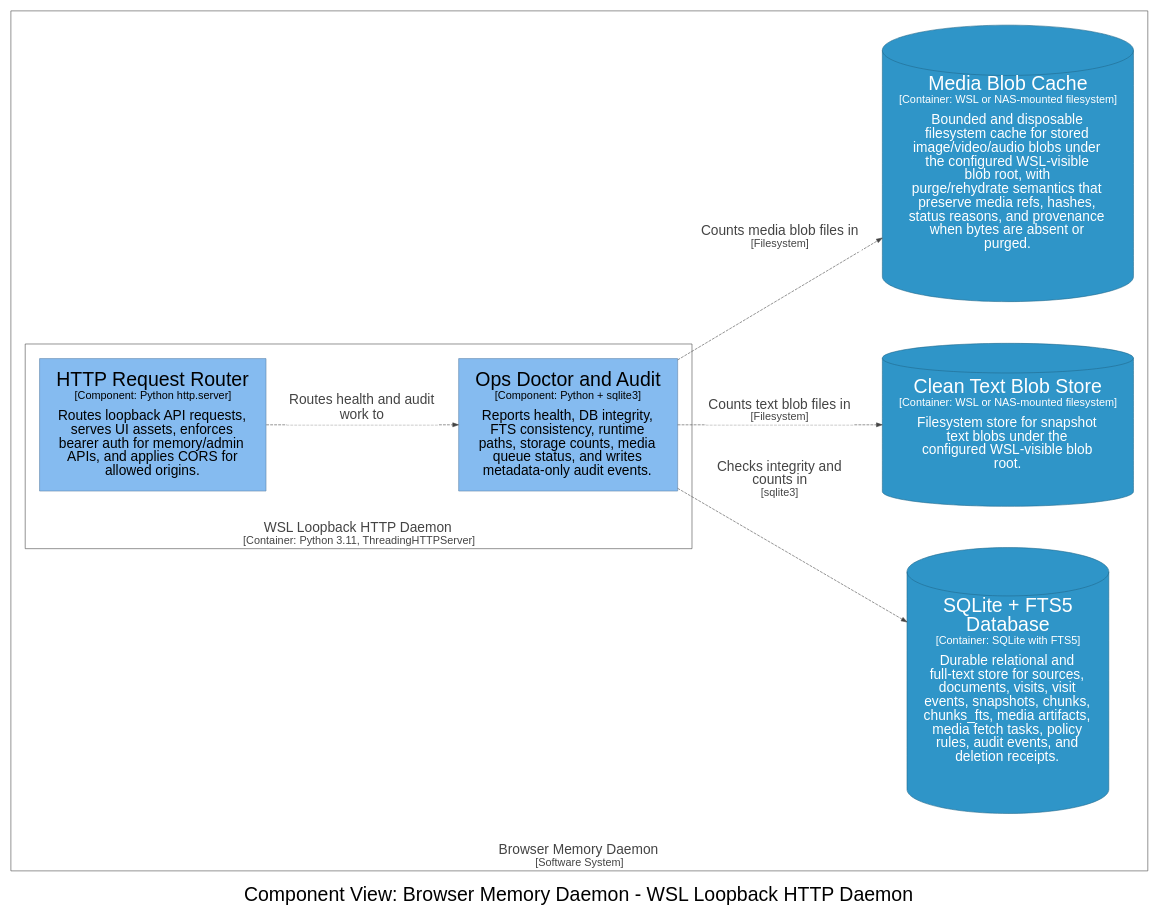
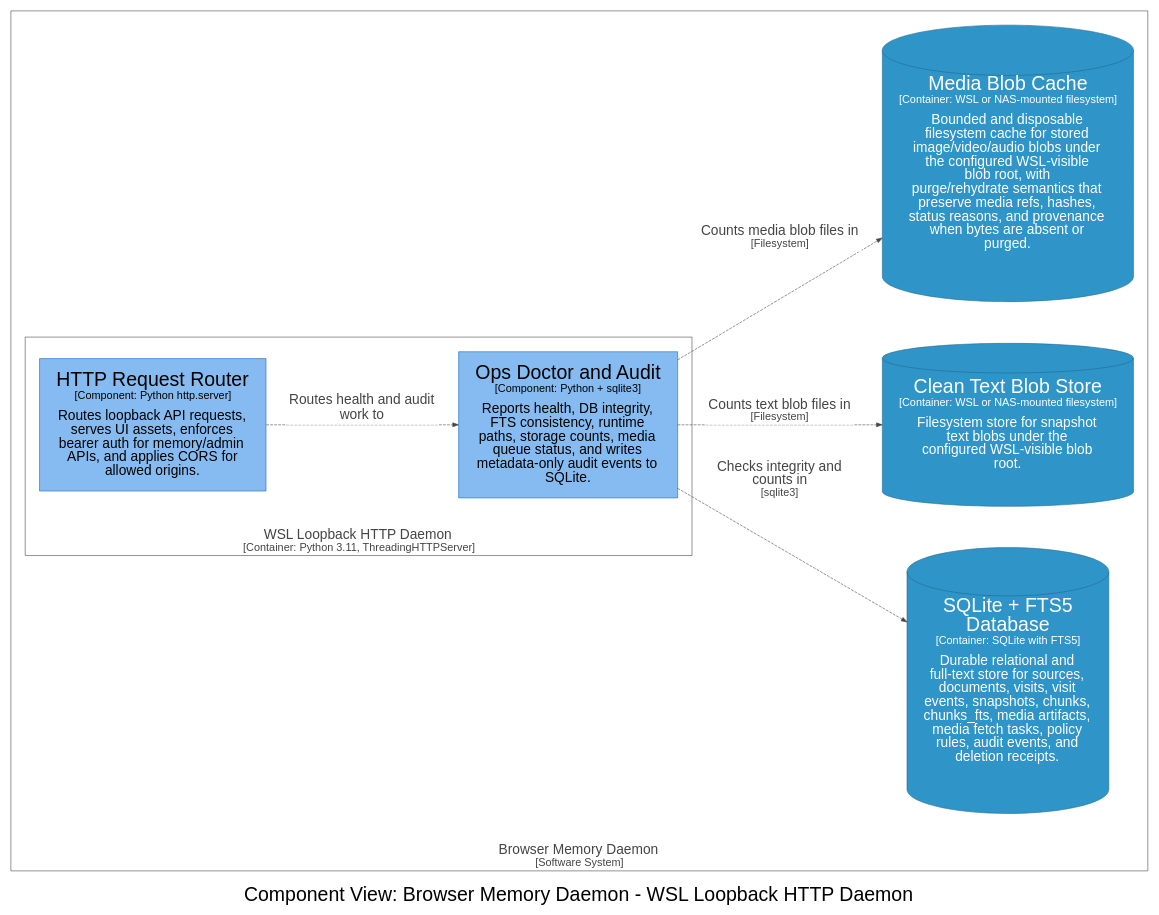
One commit to michaelnicks0/browser-memory-daemon changed the diagram in docs/architecture/diagrams/dot/structurizr-DaemonDoctorComponents.dot. Above: the diagram before and after it, drawn with Graphviz. The commit also changed 110 other files, not shown here.

```diff
--- a/docs/architecture/diagrams/dot/structurizr-DaemonDoctorComponents.dot
+++ b/docs/architecture/diagrams/dot/structurizr-DaemonDoctorComponents.dot
@@ -1,38 +1,38 @@
 digraph {
   compound=true
   graph [fontname="Arial", rankdir=LR, ranksep=1.0, nodesep=1.0]
   node [fontname="Arial", shape=box, margin="0.4,0.3"]
   edge [fontname="Arial"]
   label=<<br /><font point-size="34">Component View: Browser Memory Daemon - WSL Loopback HTTP Daemon</font>>
 
   subgraph cluster_4 {
     margin=25
     label=<<font point-size="24"><br />Browser Memory Daemon</font><br /><font point-size="19">[Software System]</font>>
     labelloc=b
     color="#444444"
     fontcolor="#444444"
     fillcolor="#444444"
 
     subgraph cluster_14 {
       margin=25
       label=<<font point-size="24"><br />WSL Loopback HTTP Daemon</font><br /><font point-size="19">[Container: Python 3.11, ThreadingHTTPServer]</font>>
       labelloc=b
       color="#444444"
       fontcolor="#444444"
       fillcolor="#444444"
 
-      15 [id=15,shape=rect, label=<<font point-size="34">HTTP Request Router</font><br /><font point-size="19">[Component: Python http.server]</font><br /><br /><font point-size="24">Routes loopback API requests,<br />serves UI assets, enforces<br />bearer auth for memory/admin<br />APIs, and applies CORS for<br />allowed origins.</font>>, style=filled, color="#5d82a8", fillcolor="#85bbf0", fontcolor="#000000"]
-      23 [id=23,shape=rect, label=<<font point-size="34">Ops Doctor and Audit</font><br /><font point-size="19">[Component: Python + sqlite3]</font><br /><br /><font point-size="24">Reports health, DB integrity,<br />FTS consistency, runtime<br />paths, storage counts, media<br />queue status, and writes<br />metadata-only audit events.</font>>, style=filled, color="#5d82a8", fillcolor="#85bbf0", fontcolor="#000000"]
+      15 [id=15,shape=rect, label=<<font point-size="34">HTTP Request Router</font><br /><font point-size="19">[Component: Python http.server]</font><br /><br /><font point-size="24">Routes loopback API requests,<br />serves UI assets, enforces<br />bearer auth for memory/admin<br />APIs, and applies CORS for<br />allowed origins.</font>>, style=filled, color="#1168bd", fillcolor="#85bbf0", fontcolor="#000000"]
+      23 [id=23,shape=rect, label=<<font point-size="34">Ops Doctor and Audit</font><br /><font point-size="19">[Component: Python + sqlite3]</font><br /><br /><font point-size="24">Reports health, DB integrity,<br />FTS consistency, runtime<br />paths, storage counts, media<br />queue status, and writes<br />metadata-only audit events to<br />SQLite.</font>>, style=filled, color="#1168bd", fillcolor="#85bbf0", fontcolor="#000000"]
     }
 
     27 [id=27,shape=cylinder, label=<<font point-size="34">SQLite + FTS5<br />Database</font><br /><font point-size="19">[Container: SQLite with FTS5]</font><br /><br /><font point-size="24">Durable relational and<br />full-text store for sources,<br />documents, visits, visit<br />events, snapshots, chunks,<br />chunks_fts, media artifacts,<br />media fetch tasks, policy<br />rules, audit events, and<br />deletion receipts.</font>>, style=filled, color="#20688c", fillcolor="#2f95c8", fontcolor="#ffffff"]
     28 [id=28,shape=cylinder, label=<<font point-size="34">Clean Text Blob Store</font><br /><font point-size="19">[Container: WSL or NAS-mounted filesystem]</font><br /><br /><font point-size="24">Filesystem store for snapshot<br />text blobs under the<br />configured WSL-visible blob<br />root.</font>>, style=filled, color="#20688c", fillcolor="#2f95c8", fontcolor="#ffffff"]
     29 [id=29,shape=cylinder, label=<<font point-size="34">Media Blob Cache</font><br /><font point-size="19">[Container: WSL or NAS-mounted filesystem]</font><br /><br /><font point-size="24">Bounded and disposable<br />filesystem cache for stored<br />image/video/audio blobs under<br />the configured WSL-visible<br />blob root, with<br />purge/rehydrate semantics that<br />preserve media refs, hashes,<br />status reasons, and provenance<br />when bytes are absent or<br />purged.</font>>, style=filled, color="#20688c", fillcolor="#2f95c8", fontcolor="#ffffff"]
   }
 
   15 -> 23 [id=68, label=<<TABLE BORDER="0" CELLBORDER="0" CELLSPACING="0" CELLPADDING="4" BGCOLOR="white"><TR><TD><font point-size="24">Routes health and audit<br />work to</font></TD></TR></TABLE>>, style="dashed", color="#444444", fontcolor="#444444"]
   23 -> 27 [id=82, label=<<TABLE BORDER="0" CELLBORDER="0" CELLSPACING="0" CELLPADDING="4" BGCOLOR="white"><TR><TD><font point-size="24">Checks integrity and<br />counts in</font><br /><font point-size="19">[sqlite3]</font></TD></TR></TABLE>>, style="dashed", color="#444444", fontcolor="#444444"]
   23 -> 28 [id=83, label=<<TABLE BORDER="0" CELLBORDER="0" CELLSPACING="0" CELLPADDING="4" BGCOLOR="white"><TR><TD><font point-size="24">Counts text blob files in</font><br /><font point-size="19">[Filesystem]</font></TD></TR></TABLE>>, style="dashed", color="#444444", fontcolor="#444444"]
   23 -> 29 [id=84, label=<<TABLE BORDER="0" CELLBORDER="0" CELLSPACING="0" CELLPADDING="4" BGCOLOR="white"><TR><TD><font point-size="24">Counts media blob files in</font><br /><font point-size="19">[Filesystem]</font></TD></TR></TABLE>>, style="dashed", color="#444444", fontcolor="#444444"]
 
 }
```
